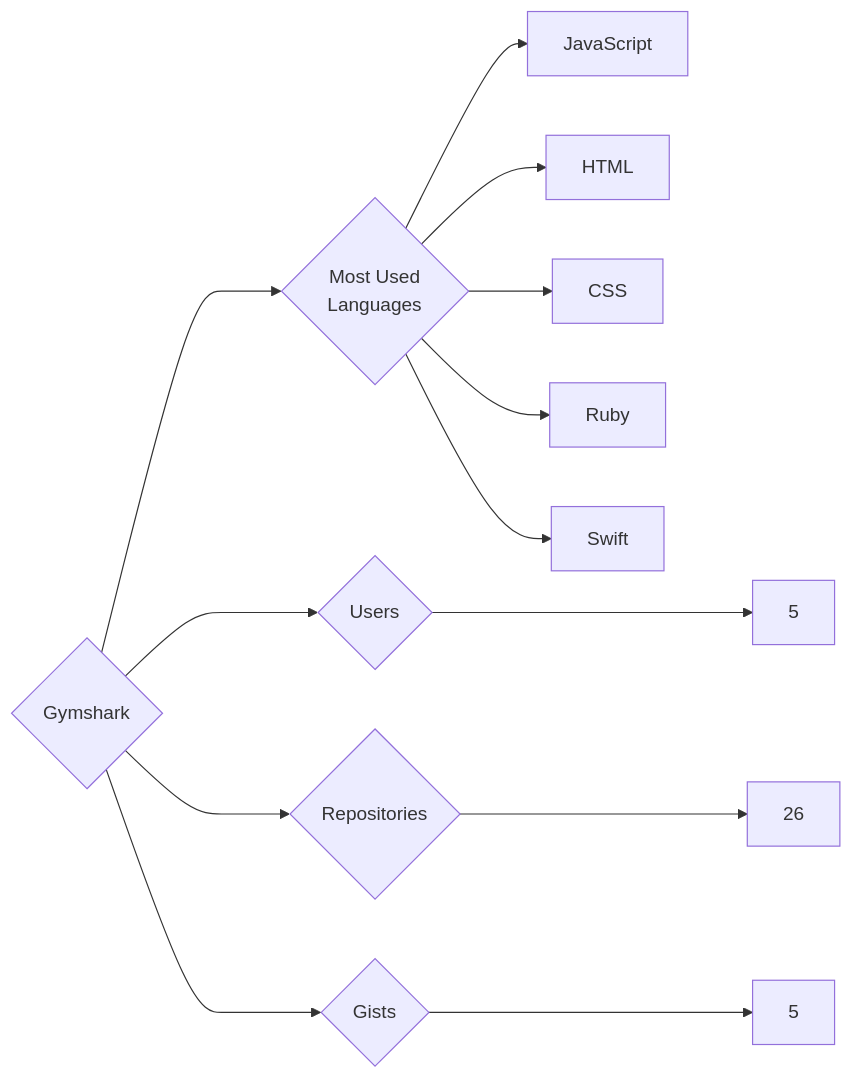
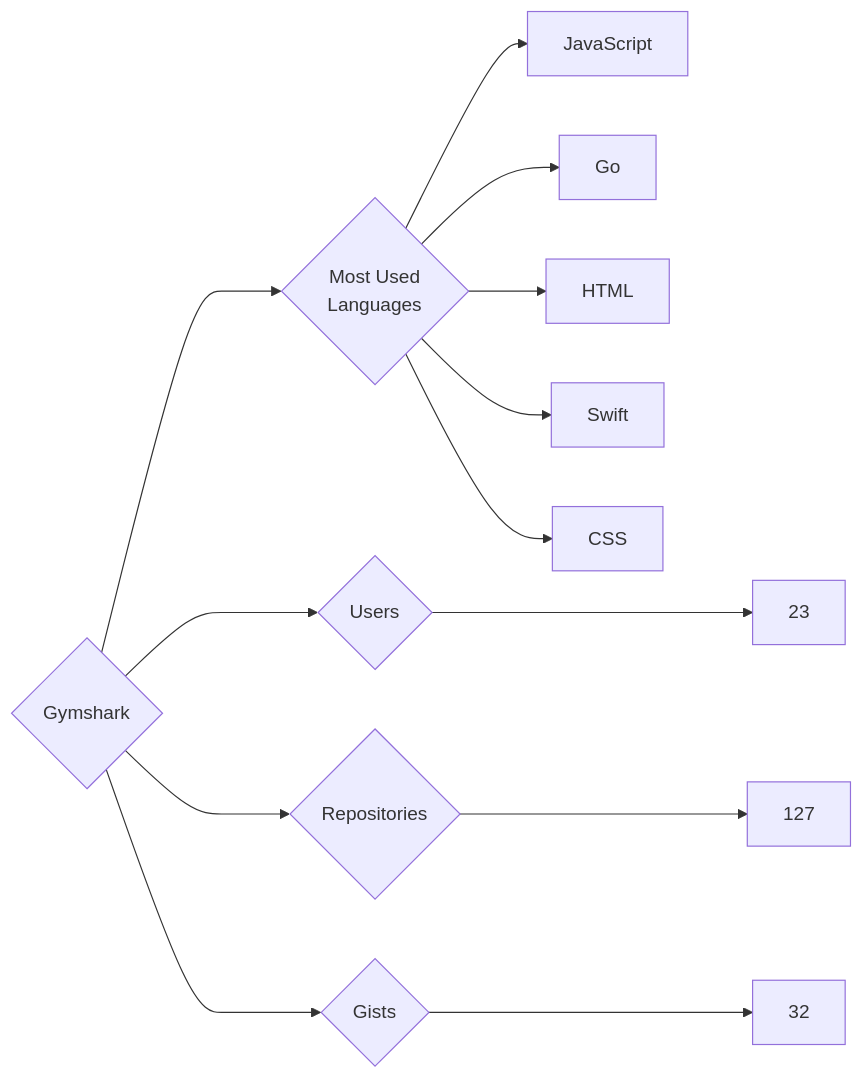
The diagram in targets/Gymshark/README.md (trickest/insiders), drawn with Mermaid before and after one commit. The commit also changed 720 other files, not shown here.

````diff
--- a/targets/Gymshark/README.md
+++ b/targets/Gymshark/README.md
@@ -3,13 +3,13 @@
 ```mermaid
 graph LR
 COMPANY_NAME{Gymshark}
-COMPANY_NAME ---> U{Users} ---> UN[5]
-COMPANY_NAME ---> R{Repositories} ---> RN[26]
-COMPANY_NAME ---> G{Gists} ---> GN[5]
+COMPANY_NAME ---> U{Users} ---> UN[23]
+COMPANY_NAME ---> R{Repositories} ---> RN[127]
+COMPANY_NAME ---> G{Gists} ---> GN[32]
 COMPANY_NAME ---> ML{Most Used<br>Languages}
 ML --> JavaScript[JavaScript]
+ML --> Go[Go]
 ML --> HTML[HTML]
+ML --> Swift[Swift]
 ML --> CSS[CSS]
-ML --> Ruby[Ruby]
-ML --> Swift[Swift]
 ```
````
